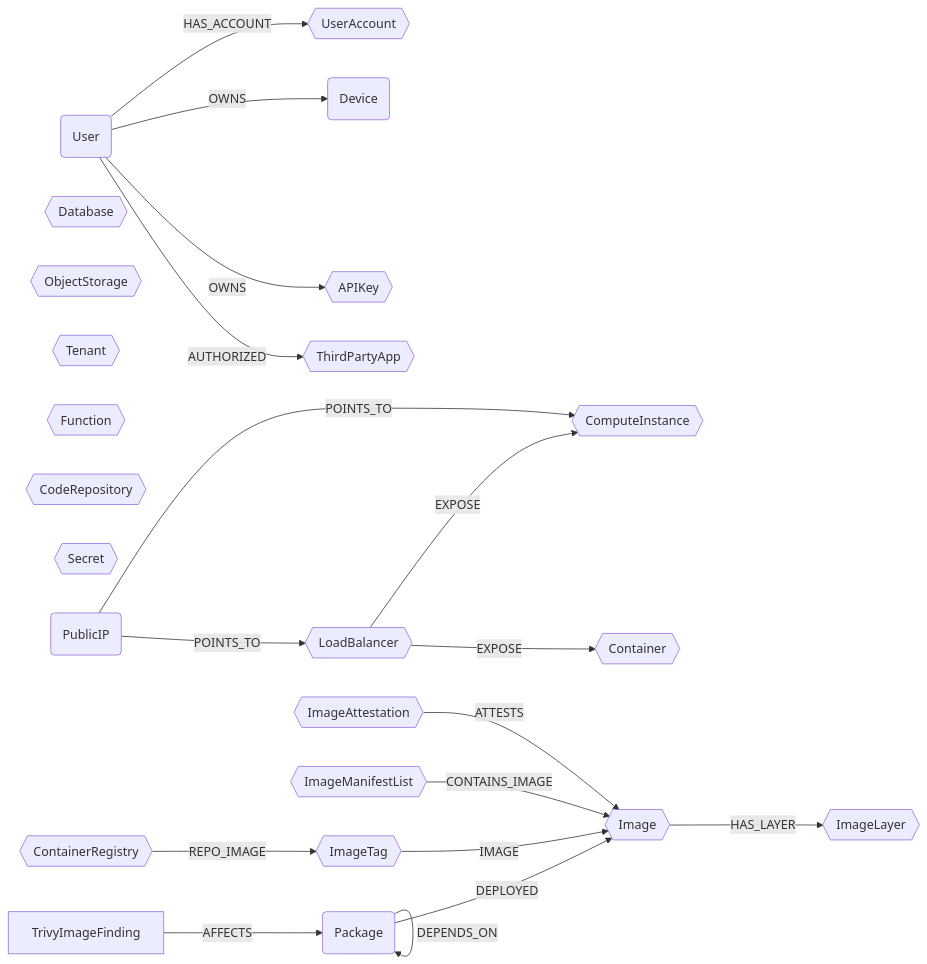
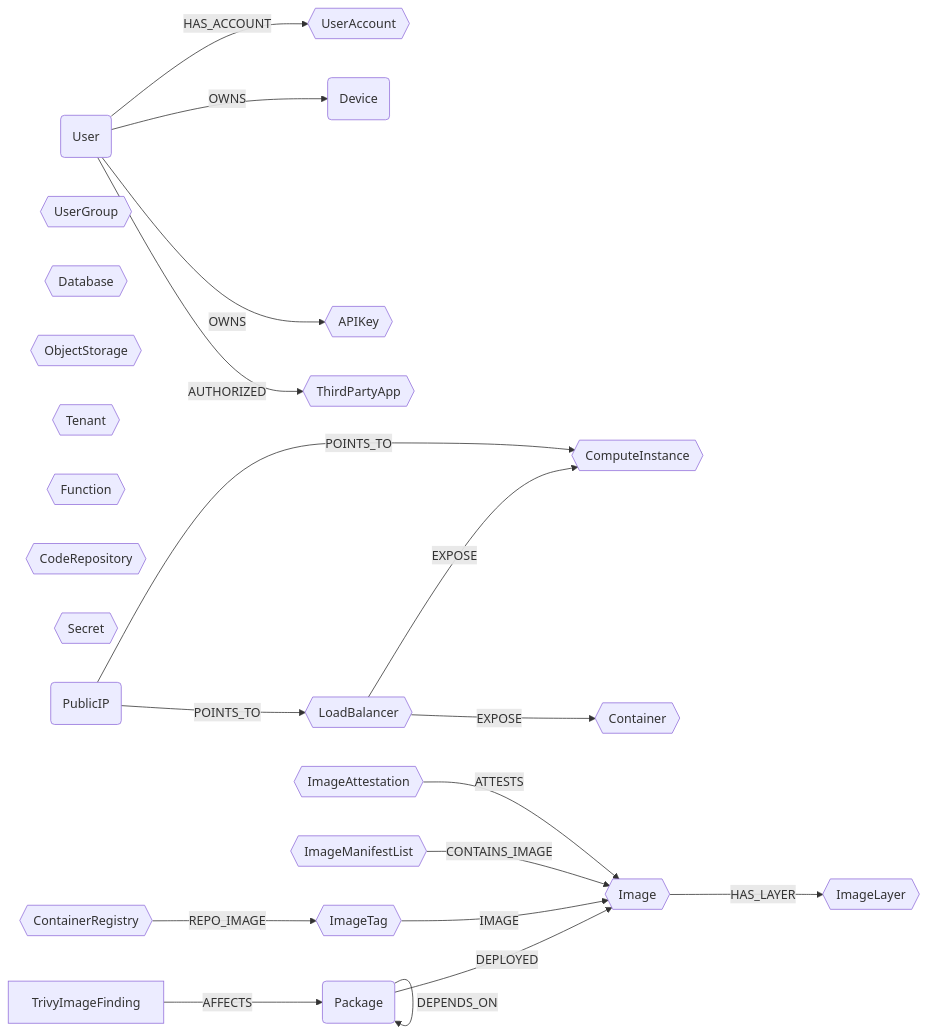
Before and after one commit to sec-js/cartography: the diagram in docs/root/modules/ontology/schema.md, drawn with Mermaid. The commit also changed other lines of this file and 32 other files, not shown here.

First line of the commit message:
feat(ontology): add UserGroup semantic label for cross-platform group queries (#2420)

````diff
--- a/docs/root/modules/ontology/schema.md
+++ b/docs/root/modules/ontology/schema.md
@@ -6,26 +6,27 @@
 ```mermaid
 graph LR
 
 U(User) -- HAS_ACCOUNT --> UA{{UserAccount}}
 U -- OWNS --> CC(Device)
 U -- OWNS --> AK{{APIKey}}
 U -- AUTHORIZED --> OA{{ThirdPartyApp}}
+UG{{UserGroup}}
 LB{{LoadBalancer}} -- EXPOSE --> CI{{ComputeInstance}}
 LB{{LoadBalancer}} -- EXPOSE --> CT{{Container}}
 DB{{Database}}
 OS{{ObjectStorage}}
 TN{{Tenant}}
 FN{{Function}}
 REPO{{CodeRepository}}
 SC{{Secret}}
 PIP(PublicIP) -- POINTS_TO --> LB
 PIP -- POINTS_TO --> CI
 PKG(Package) -- DEPLOYED --> IM{{Image}}
 PKG -- DEPENDS_ON --> PKG
 F[TrivyImageFinding] -- AFFECTS --> PKG
 CR{{ContainerRegistry}} -- REPO_IMAGE --> IT{{ImageTag}}
 IT -- IMAGE --> IM
 IML{{ImageManifestList}} -- CONTAINS_IMAGE --> IM
 IA{{ImageAttestation}} -- ATTESTS --> IM
 IM -- HAS_LAYER --> IL{{ImageLayer}}
 ```
````
